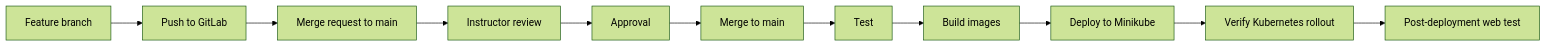
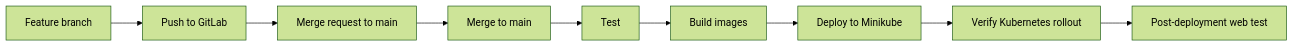
One commit to tanthanh85/devops changed the diagram in lab/Lab 05 - Build Test and Deploy with GitLab CI-CD/Lab5.md. Above: the diagram before and after it, drawn with Mermaid (forest theme). The commit also changed other lines of this file, not shown here.

````diff
--- a/lab/Lab 05 - Build Test and Deploy with GitLab CI-CD/Lab5.md
+++ b/lab/Lab 05 - Build Test and Deploy with GitLab CI-CD/Lab5.md
@@ -24,13 +24,11 @@
 ```mermaid
 flowchart LR
     F["Feature branch"] --> P["Push to GitLab"]
     P --> M["Merge request to main"]
-    M --> R["Instructor review"]
-    R --> A["Approval"]
-    A --> G["Merge to main"]
+    M --> G["Merge to main"]
     G --> T["Test"]
     T --> B["Build images"]
     B --> D["Deploy to Minikube"]
     D --> V["Verify Kubernetes rollout"]
     V --> W["Post-deployment web test"]
 ```
````
